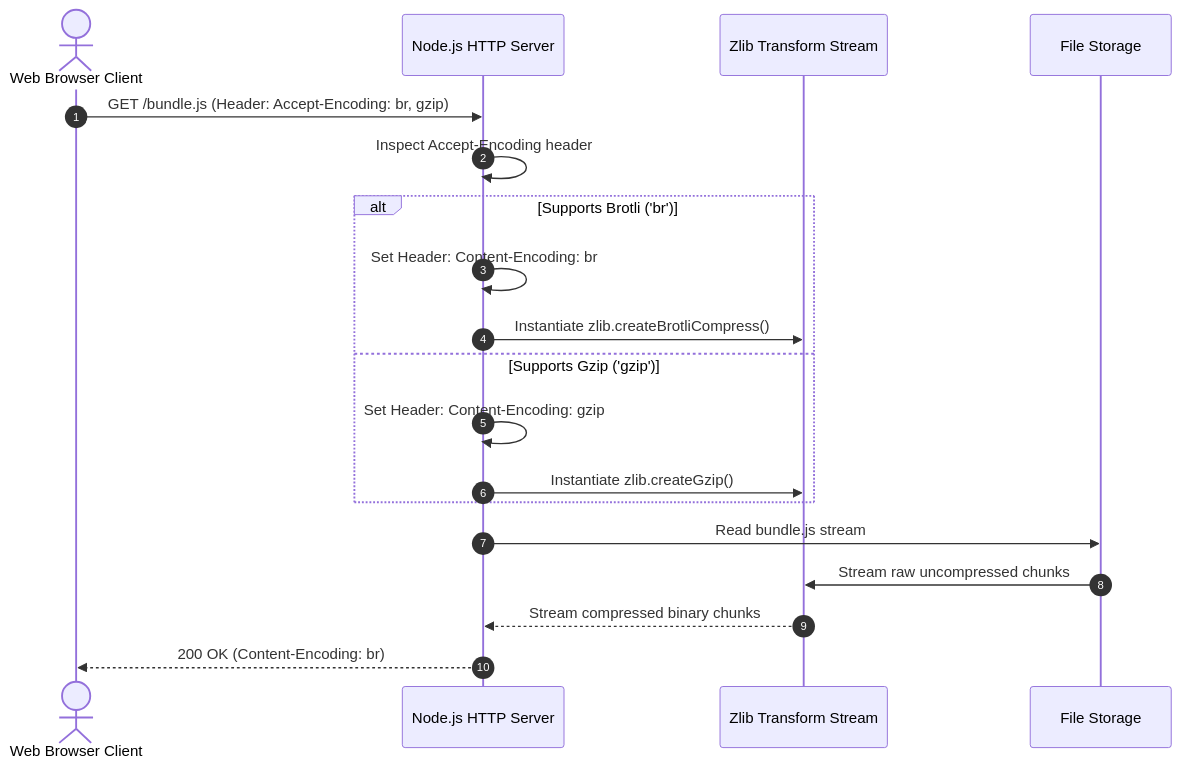
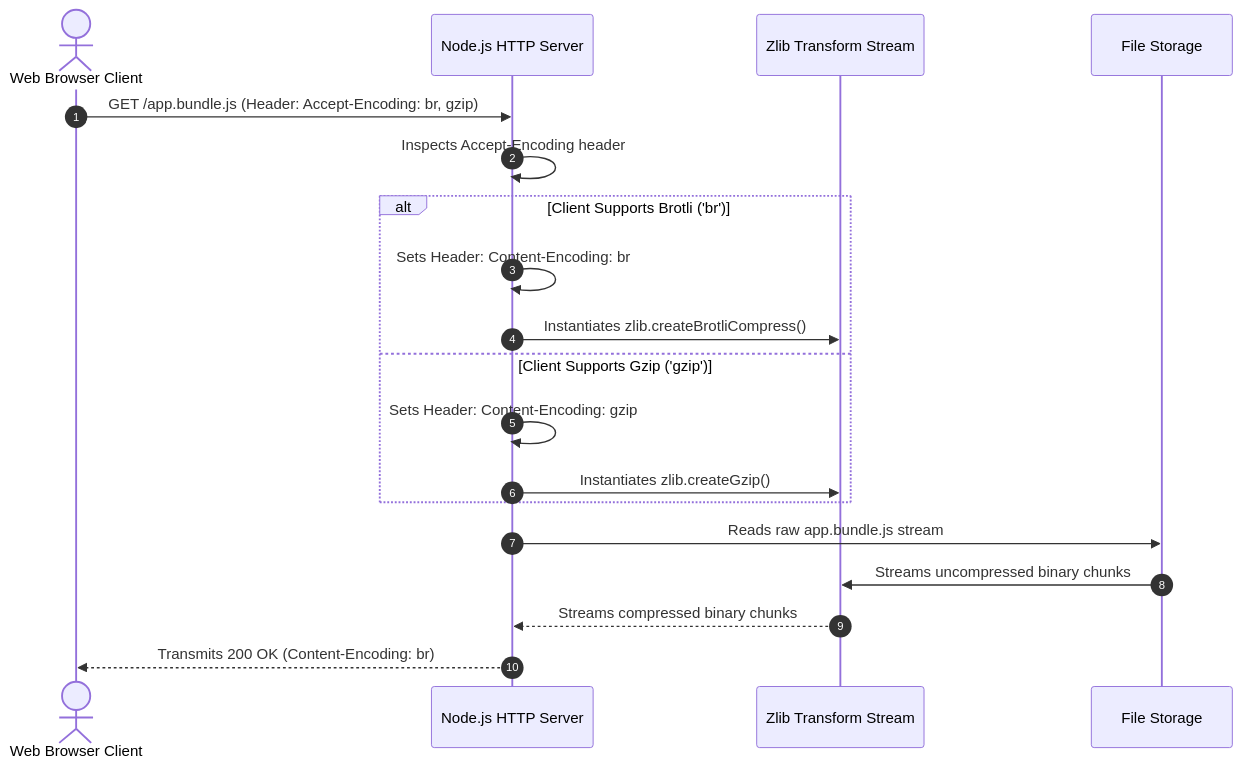
The second of 3 diagrams in nodejs-notes/22-zlib-compression.md (Amie-dev/engineering-playbook), drawn with Mermaid before and after one commit. The commit also changed other lines of this file and 31 other files, not shown here.

````diff
--- a/nodejs-notes/22-zlib-compression.md
+++ b/nodejs-notes/22-zlib-compression.md
@@ -34,25 +39,25 @@
 ```mermaid
 sequenceDiagram
     autonumber
     actor Browser as Web Browser Client
     participant Server as Node.js HTTP Server
     participant Zlib as Zlib Transform Stream
     participant Disk as File Storage
 
-    Browser->>Server: GET /bundle.js (Header: Accept-Encoding: br, gzip)
+    Browser->>Server: GET /app.bundle.js (Header: Accept-Encoding: br, gzip)
     
-    Server->>Server: Inspect Accept-Encoding header
+    Server->>Server: Inspects Accept-Encoding header
     
-    alt Supports Brotli ('br')
-        Server->>Server: Set Header: Content-Encoding: br
-        Server->>Zlib: Instantiate zlib.createBrotliCompress()
-    else Supports Gzip ('gzip')
-        Server->>Server: Set Header: Content-Encoding: gzip
-        Server->>Zlib: Instantiate zlib.createGzip()
+    alt Client Supports Brotli ('br')
+        Server->>Server: Sets Header: Content-Encoding: br
+        Server->>Zlib: Instantiates zlib.createBrotliCompress()
+    else Client Supports Gzip ('gzip')
+        Server->>Server: Sets Header: Content-Encoding: gzip
+        Server->>Zlib: Instantiates zlib.createGzip()
     end
 
-    Server->>Disk: Read bundle.js stream
-    Disk->>Zlib: Stream raw uncompressed chunks
-    Zlib-->>Server: Stream compressed binary chunks
-    Server-->>Browser: 200 OK (Content-Encoding: br)
+    Server->>Disk: Reads raw app.bundle.js stream
+    Disk->>Zlib: Streams uncompressed binary chunks
+    Zlib-->>Server: Streams compressed binary chunks
+    Server-->>Browser: Transmits 200 OK (Content-Encoding: br)
 ```
````
